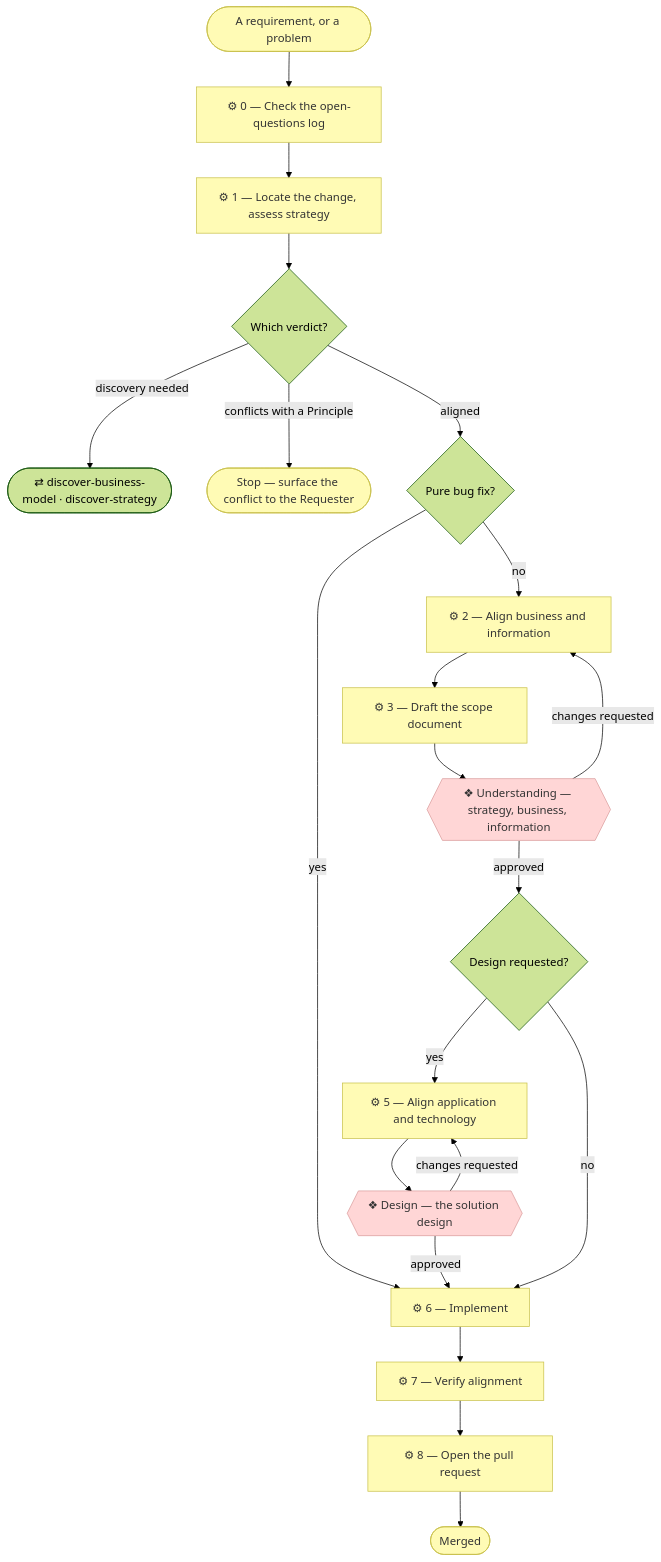
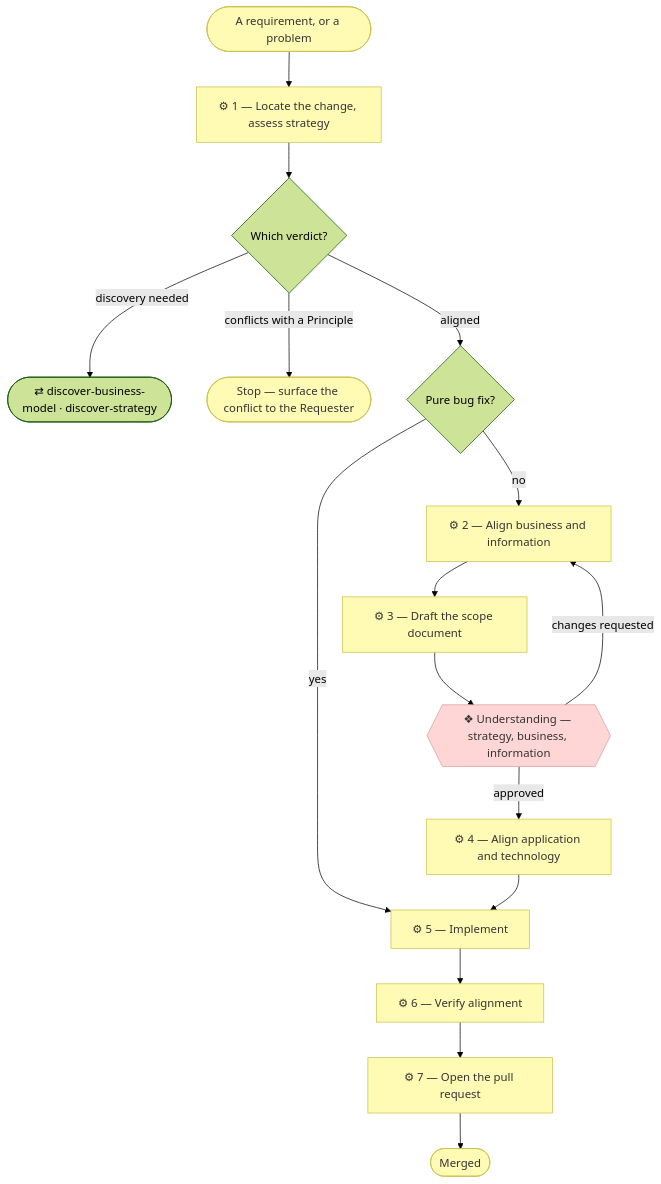
The diagram in plugins/archreator/skills/align-change-through-layers/SKILL.md (roanboc/archreator), drawn with Mermaid (forest theme) before and after one commit. The commit also changed other lines of this file and 68 other files, not shown here.

````diff
--- a/plugins/archreator/skills/align-change-through-layers/SKILL.md
+++ b/plugins/archreator/skills/align-change-through-layers/SKILL.md
@@ -46,39 +45,32 @@
 ```mermaid
 flowchart TD
   req(["A requirement, or a problem"])
-  s0["⚙ 0 — Check the open-questions log"]
   s1["⚙ 1 — Locate the change, assess strategy"]
   v{"Which verdict?"}
   disc(["⇄ discover-business-model · discover-strategy"])
   stop(["Stop — surface the conflict to the Requester"])
   bug{"Pure bug fix?"}
   s2["⚙ 2 — Align business and information"]
   s3["⚙ 3 — Draft the scope document"]
   g2{{"❖ Understanding — strategy, business, information"}}
-  opt{"Design requested?"}
-  s5["⚙ 5 — Align application and technology"]
-  g3{{"❖ Design — the solution design"}}
-  s6["⚙ 6 — Implement"]
-  s7["⚙ 7 — Verify alignment"]
-  s8["⚙ 8 — Open the pull request"]
+  s4["⚙ 4 — Align application and technology"]
+  s5["⚙ 5 — Implement"]
+  s6["⚙ 6 — Verify alignment"]
+  s7["⚙ 7 — Open the pull request"]
   merged(["Merged"])
 
-  req --> s0 --> s1 --> v
+  req --> s1 --> v
   v -->|discovery needed| disc
   v -->|conflicts with a Principle| stop
   v -->|aligned| bug
-  bug -->|yes| s6
+  bug -->|yes| s5
   bug -->|no| s2 --> s3 --> g2
   g2 -->|changes requested| s2
-  g2 -->|approved| opt
-  opt -->|yes| s5 --> g3
-  g3 -->|changes requested| s5
-  g3 -->|approved| s6
-  opt -->|no| s6
-  s6 --> s7 --> s8 --> merged
+  g2 -->|approved| s4 --> s5
+  s5 --> s6 --> s7 --> merged
 
   classDef business fill:#fffbb5,stroke:#c8c04a,color:#333
   classDef implementation fill:#ffd6d6,stroke:#d99b9b,color:#333
-  class s0,s1,s2,s3,s5,s6,s7,s8,req,merged,stop business
-  class g2,g3 implementation
+  class s1,s2,s3,s4,s5,s6,s7,req,merged,stop business
+  class g2 implementation
 ```
````
